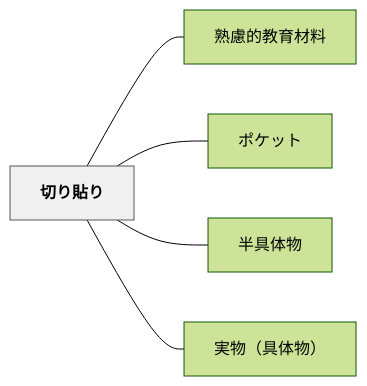
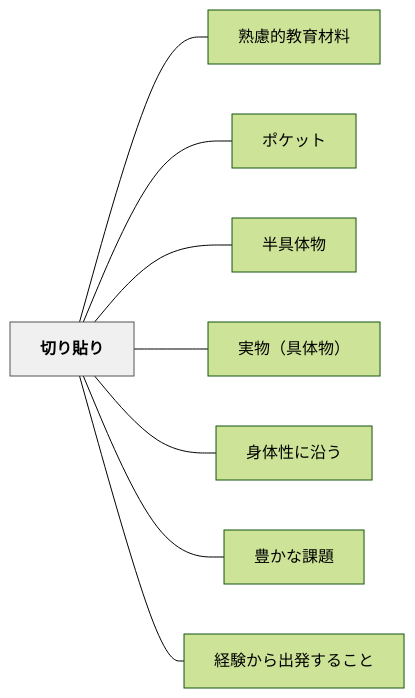
The diagram in content/パタン/切り貼り.md (unknownthings-ed-patterns/unknownthings-ed-patterns), drawn with Mermaid (forest theme) before and after one commit. The commit also changed other lines of this file and 71 other files, not shown here.

````diff
--- a/content/パタン/切り貼り.md
+++ b/content/パタン/切り貼り.md
@@ -45,16 +48,22 @@
 ```mermaid
 flowchart LR
     ne58887e3828ae8b2bce3828a["切り貼り"]
     ne7869fe685aee79a84e69599e882b2e69d90e69699["熟慮的教育材料"]
     ne3839de382b1e38383e38388["ポケット"]
     ne58d8ae585b7e4bd93e789a9["半具体物"]
     ne5ae9fe789a9efbc88e585b7e4bd93e789a9efbc89["実物（具体物）"]
+    ne8baabe4bd93e680a7e381abe6b2bfe38186["身体性に沿う"]
+    ne8b18ae3818be381aae8aab2e9a18c["豊かな課題"]
+    ne7b58ce9a893e3818be38289e587bae799bae38199e3828be38193e381a8["経験から出発すること"]
 
     ne58887e3828ae8b2bce3828a --- ne7869fe685aee79a84e69599e882b2e69d90e69699
     ne58887e3828ae8b2bce3828a --- ne3839de382b1e38383e38388
     ne58887e3828ae8b2bce3828a --- ne58d8ae585b7e4bd93e789a9
     ne58887e3828ae8b2bce3828a --- ne5ae9fe789a9efbc88e585b7e4bd93e789a9efbc89
+    ne58887e3828ae8b2bce3828a --- ne8baabe4bd93e680a7e381abe6b2bfe38186
+    ne58887e3828ae8b2bce3828a --- ne8b18ae3818be381aae8aab2e9a18c
+    ne58887e3828ae8b2bce3828a --- ne7b58ce9a893e3818be38289e587bae799bae38199e3828be38193e381a8
 
     classDef hub fill:#f0f0f0,stroke:#555,color:#000,font-weight:bold
     class ne58887e3828ae8b2bce3828a hub
 ```
````
